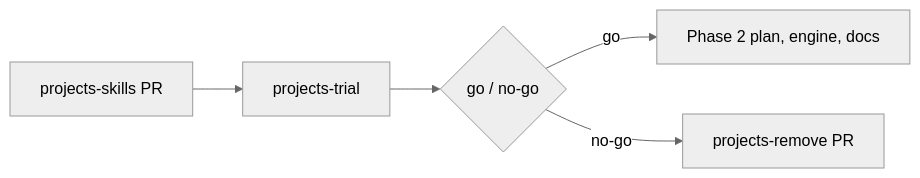
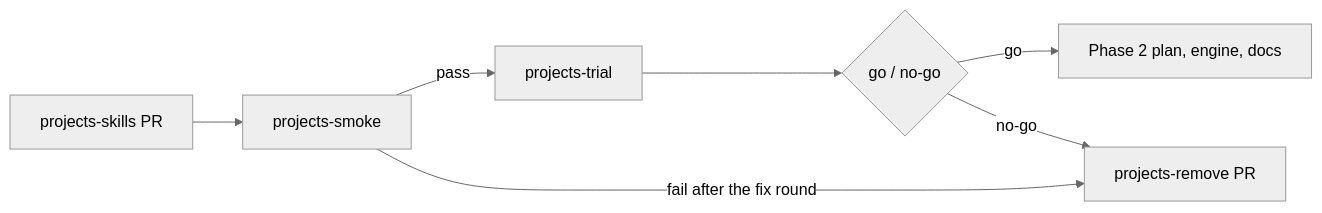
The diagram in docs/superpowers/specs/2026-11-19-wintermute-projects-design.md (ncksol/ai_tools), drawn with Mermaid (neutral theme) before and after one commit. The commit also changed other lines of this file and 1 other file, not shown here.

First line of the commit message:
docs: wintermute Projects design and plan with a smoke check first

````diff
--- a/docs/superpowers/specs/2026-11-19-wintermute-projects-design.md
+++ b/docs/superpowers/specs/2026-11-19-wintermute-projects-design.md
@@ -154,7 +176,9 @@
 ```mermaid
 graph LR
-  skills[projects-skills PR] --> trial[projects-trial]
+  skills[projects-skills PR] --> smoke[projects-smoke]
+  smoke -- pass --> trial[projects-trial]
+  smoke -- fail after the fix round --> remove[projects-remove PR]
   trial --> gate{go / no-go}
   gate -- go --> phase2[Phase 2 plan, engine, docs]
-  gate -- no-go --> remove[projects-remove PR]
+  gate -- no-go --> remove
 ```
````
